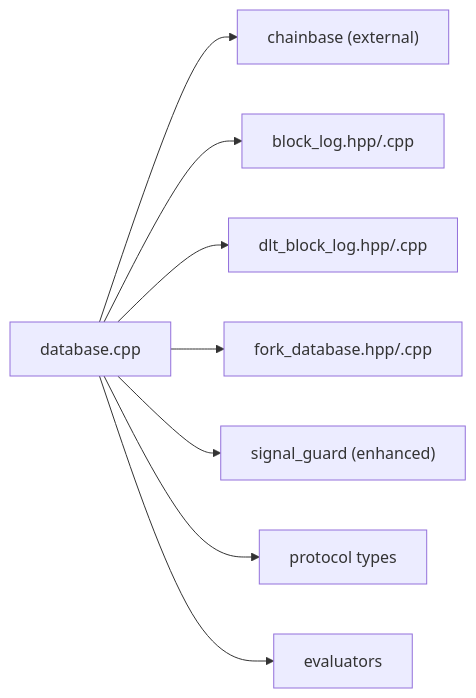
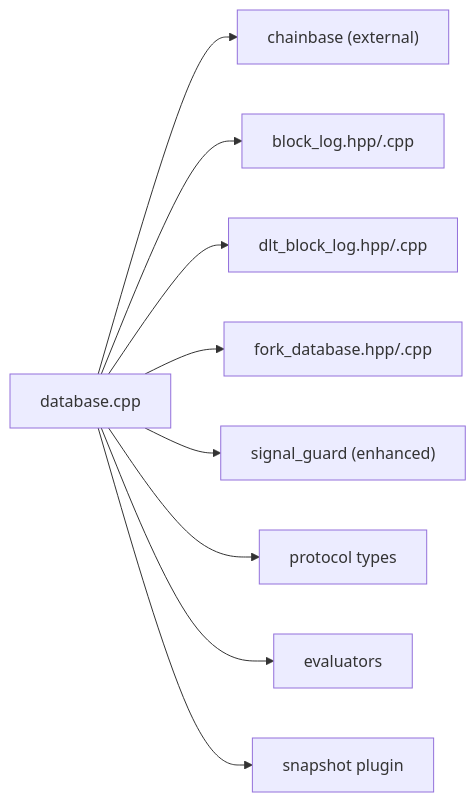
Before and after one commit to VIZ-Blockchain/viz-cpp-node: diagram 12 of 12 in .qoder/repowiki/en/content/Architecture Overview/Core Libraries/Chain Library/Database Management/Database Management.md, drawn with Mermaid. The commit also changed other lines of this file and 4 other files, not shown here.

````diff
--- a/.qoder/repowiki/en/content/Architecture Overview/Core Libraries/Chain Library/Database Management/Database Management.md
+++ b/.qoder/repowiki/en/content/Architecture Overview/Core Libraries/Chain Library/Database Management/Database Management.md
@@ -526,10 +560,11 @@
 ```mermaid
 graph LR
 DB["database.cpp"] --> CB["chainbase (external)"]
 DB --> BL["block_log.hpp/.cpp"]
 DB --> DLT["dlt_block_log.hpp/.cpp"]
 DB --> FD["fork_database.hpp/.cpp"]
 DB --> SG["signal_guard (enhanced)"]
 DB --> PT["protocol types"]
 DB --> EV["evaluators"]
+DB --> SNAP["snapshot plugin"]
 ```
````
